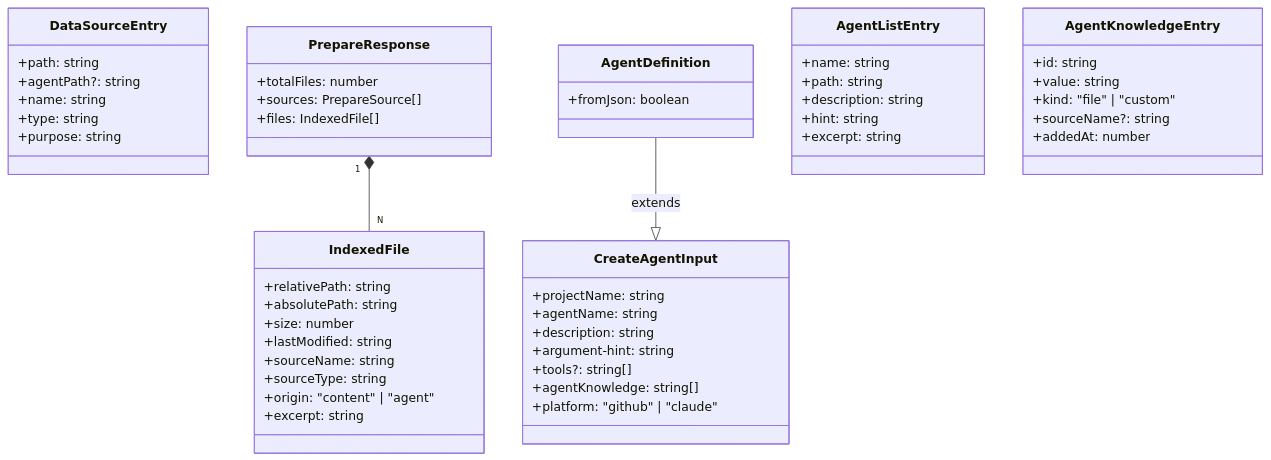
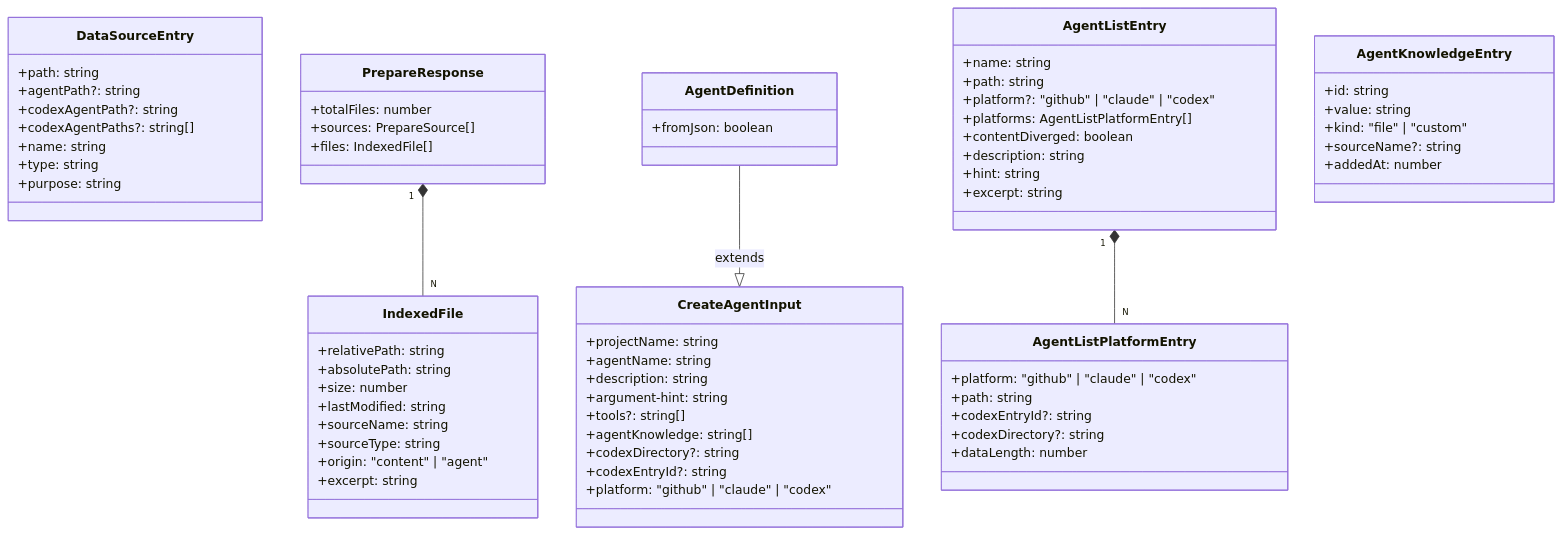
One commit to Kyliathy/context-core changed the fourth of 11 diagrams in visualizer/zz-reach2/architecture/agents/archi-agent-builder-ui.md. Above: the diagram before and after it, drawn with Mermaid. The commit also changed other lines of this file and 23 other files, not shown here.

First line of the commit message:
feat(agent-builder): add Codex agent support and improve multi-path handling

````diff
--- a/visualizer/zz-reach2/architecture/agents/archi-agent-builder-ui.md
+++ b/visualizer/zz-reach2/architecture/agents/archi-agent-builder-ui.md
@@ -189,60 +192,77 @@
 ```mermaid
 classDiagram
     class DataSourceEntry {
         +path: string
         +agentPath?: string
+        +codexAgentPath?: string
+        +codexAgentPaths?: string[]
         +name: string
         +type: string
         +purpose: string
     }
 
     class IndexedFile {
         +relativePath: string
         +absolutePath: string
         +size: number
         +lastModified: string
         +sourceName: string
         +sourceType: string
         +origin: "content" | "agent"
         +excerpt: string
     }
 
     class PrepareResponse {
         +totalFiles: number
         +sources: PrepareSource[]
         +files: IndexedFile[]
     }
 
     class CreateAgentInput {
         +projectName: string
         +agentName: string
         +description: string
         +argument-hint: string
         +tools?: string[]
         +agentKnowledge: string[]
-        +platform: "github" | "claude"
+        +codexDirectory?: string
+        +codexEntryId?: string
+        +platform: "github" | "claude" | "codex"
     }
 
     class AgentDefinition {
         +fromJson: boolean
     }
 
+    class AgentListPlatformEntry {
+        +platform: "github" | "claude" | "codex"
+        +path: string
+        +codexEntryId?: string
+        +codexDirectory?: string
+        +dataLength: number
+    }
+
     class AgentListEntry {
         +name: string
         +path: string
+        +platform?: "github" | "claude" | "codex"
+        +platforms: AgentListPlatformEntry[]
+        +contentDiverged: boolean
         +description: string
         +hint: string
         +excerpt: string
     }
+
+    AgentListEntry "1" *-- "N" AgentListPlatformEntry
 
     class AgentKnowledgeEntry {
         +id: string
         +value: string
         +kind: "file" | "custom"
         +sourceName?: string
         +addedAt: number
     }
 
     AgentDefinition --|> CreateAgentInput : extends
     PrepareResponse "1" *-- "N" IndexedFile
 ```
````
